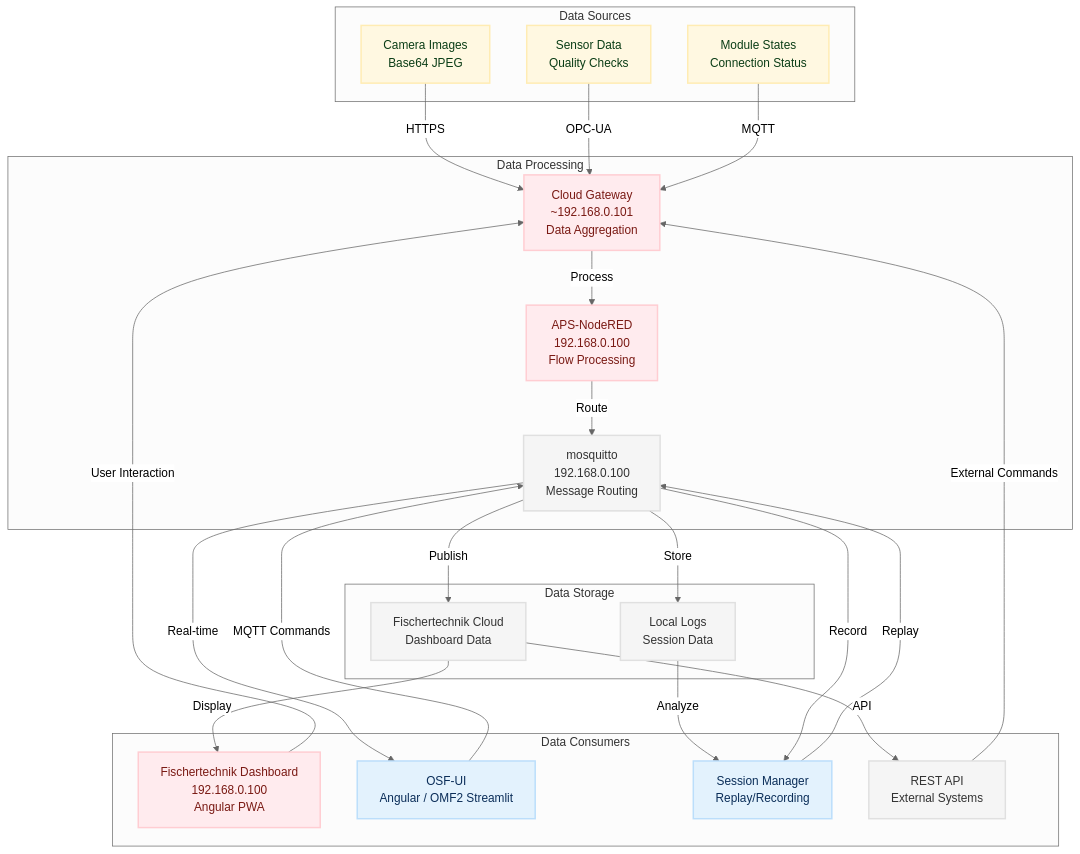
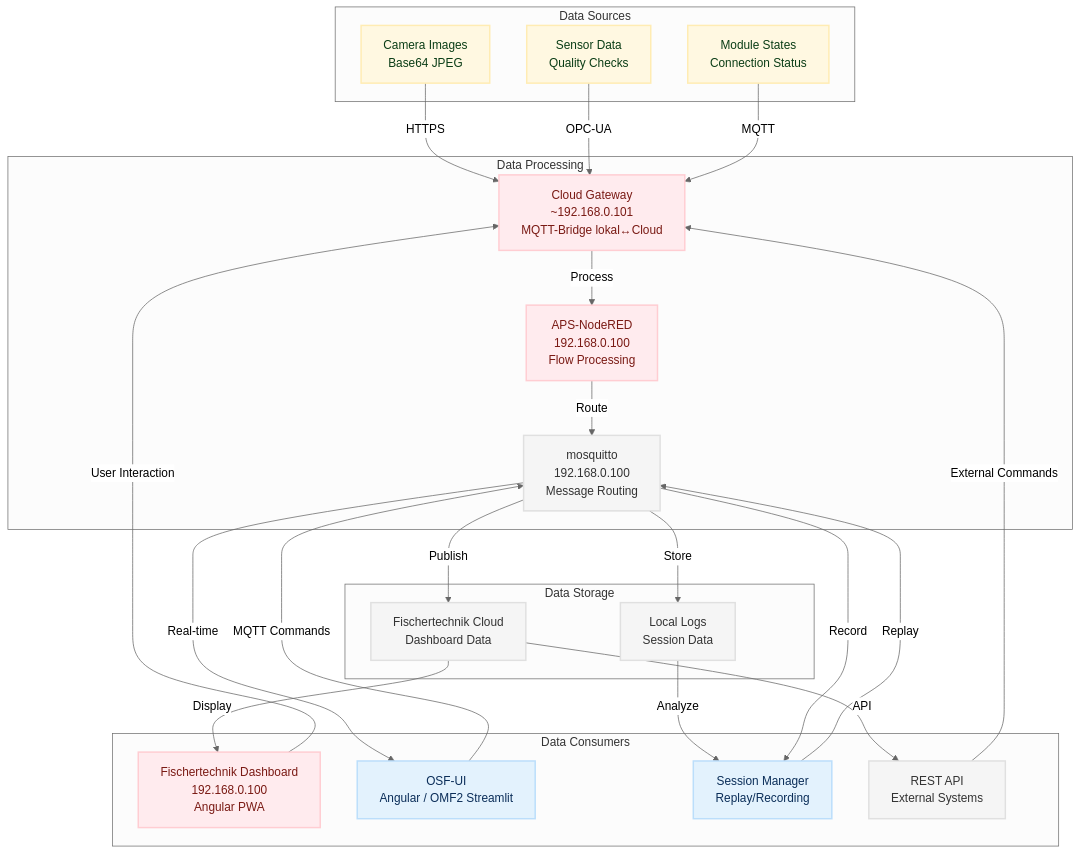
One commit to OliverBerger-ORBIS/ORBIS-Modellfabrik changed the first of 4 diagrams in docs/02-architecture/aps-data-flow.md. Above: the diagram before and after it, drawn with Mermaid. The commit also changed other lines of this file and 9 other files, not shown here.

````diff
--- a/docs/02-architecture/aps-data-flow.md
+++ b/docs/02-architecture/aps-data-flow.md
@@ -34,52 +10,52 @@
 ```mermaid
 %%{init: {'theme':'neutral'}}%%
 flowchart TD
 classDef orbis fill:#e3f2fd,stroke:#bbdefb,stroke-width:2px,color:#0b2e59;
 classDef fthardware fill:#fff8e1,stroke:#ffecb3,stroke-width:2px,color:#0b3d16;
 classDef ftsoftware fill:#ffebee,stroke:#ffcdd2,stroke-width:2px,color:#7a1a14;
 classDef external fill:#f5f5f5,stroke:#e0e0e0,stroke-width:2px,color:#333;
 
     subgraph "Data Sources"
         CAM[Camera Images<br/>Base64 JPEG]:::fthardware
         SENS[Sensor Data<br/>Quality Checks]:::fthardware
         STATE[Module States<br/>Connection Status]:::fthardware
     end
     
     subgraph "Data Processing"
-        CG[Cloud Gateway<br/>~192.168.0.101<br/>Data Aggregation]:::ftsoftware
+        CG[Cloud Gateway<br/>~192.168.0.101<br/>MQTT-Bridge lokal↔Cloud]:::ftsoftware
         NR[APS-NodeRED<br/>192.168.0.100<br/>Flow Processing]:::ftsoftware
         MQTT[mosquitto<br/>192.168.0.100<br/>Message Routing]:::external
     end
     
     subgraph "Data Storage"
         CLOUD[Fischertechnik Cloud<br/>Dashboard Data]:::external
         LOCAL[Local Logs<br/>Session Data]:::external
     end
     
     subgraph "Data Consumers"
         FT_DASH[Fischertechnik Dashboard<br/>192.168.0.100<br/>Angular PWA]:::ftsoftware
         OSF_UI[OSF-UI<br/>Angular / OMF2 Streamlit]:::orbis
         SESSION[Session Manager<br/>Replay/Recording]:::orbis
         API[REST API<br/>External Systems]:::external
     end
     
     CAM -->|HTTPS| CG
     SENS -->|OPC-UA| CG
     STATE -->|MQTT| CG
     
     CG -->|Process| NR
     NR -->|Route| MQTT
     MQTT -->|Publish| CLOUD
     MQTT -->|Store| LOCAL
     
     CLOUD -->|Display| FT_DASH
     CLOUD -->|API| API
     LOCAL -->|Analyze| SESSION
     MQTT -->|Real-time| OSF_UI
     MQTT -->|Record| SESSION
     
     FT_DASH -->|User Interaction| CG
     OSF_UI -->|MQTT Commands| MQTT
     SESSION -->|Replay| MQTT
     API -->|External Commands| CG
 ```
````
